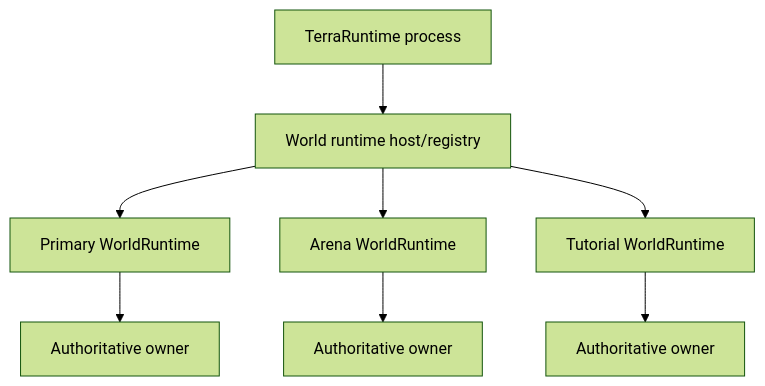
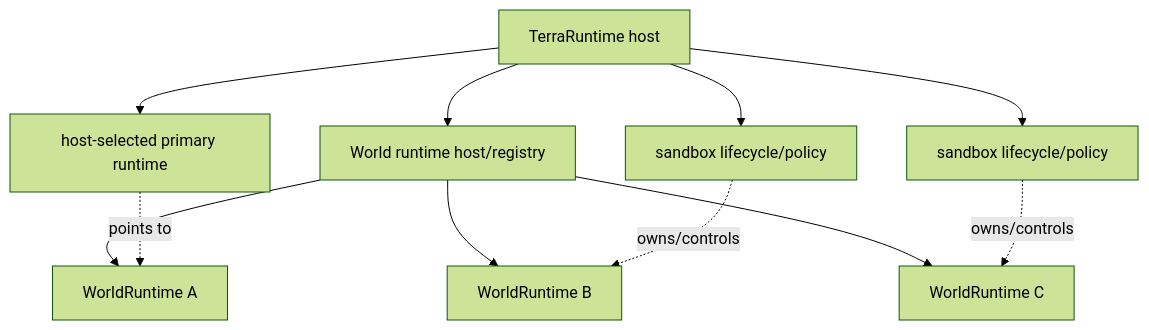
Before and after one commit to VegaKernel/TerraRuntime: the first of 9 diagrams in docs/en/sandbox/level-1.md, drawn with Mermaid (forest theme). The commit also changed other lines of this file and 3 other files, not shown here.

````diff
--- a/docs/en/sandbox/level-1.md
+++ b/docs/en/sandbox/level-1.md
@@ -9,10 +11,13 @@
 ```mermaid
 flowchart TD
-    Host["TerraRuntime process"] --> Registry["World runtime host/registry"]
-    Registry --> Primary["Primary WorldRuntime"]
-    Registry --> Arena["Arena WorldRuntime"]
-    Registry --> Tutorial["Tutorial WorldRuntime"]
-    Primary --> Loop1["Authoritative owner"]
-    Arena --> Loop2["Authoritative owner"]
-    Tutorial --> Loop3["Authoritative owner"]
+    Host["TerraRuntime host"] --> Registry["World runtime host/registry"]
+    Registry --> A["WorldRuntime A"]
+    Registry --> B["WorldRuntime B"]
+    Registry --> C["WorldRuntime C"]
+    Host --> Primary["host-selected primary runtime"]
+    Primary -. "points to" .-> A
+    Host --> SandboxB["sandbox lifecycle/policy"]
+    SandboxB -. "owns/controls" .-> B
+    Host --> SandboxC["sandbox lifecycle/policy"]
+    SandboxC -. "owns/controls" .-> C
 ```
````
